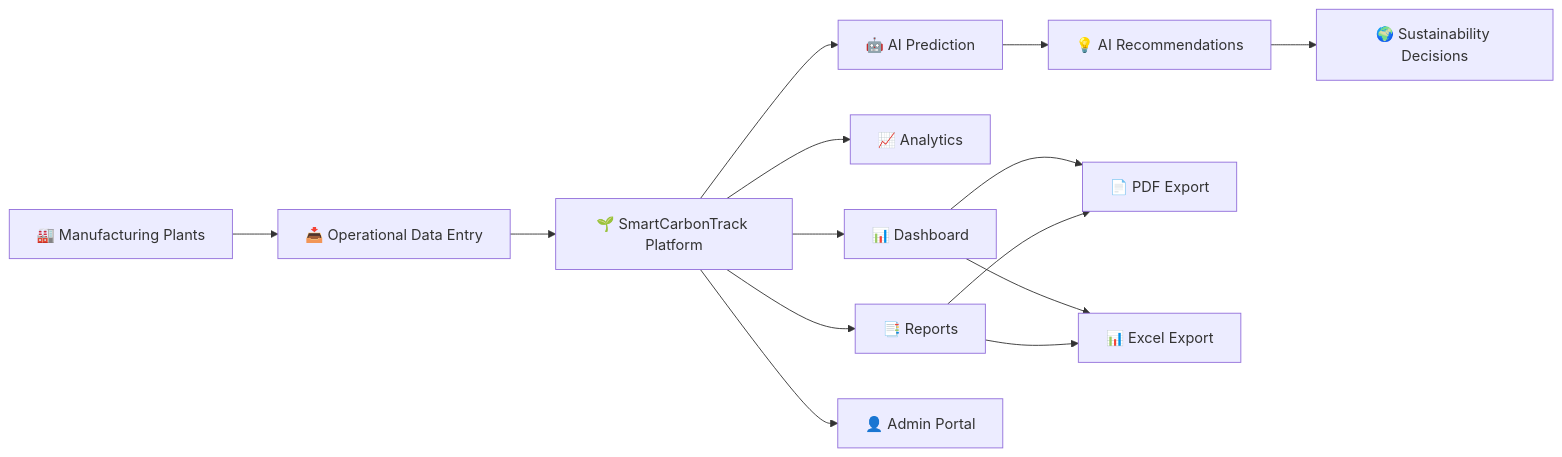
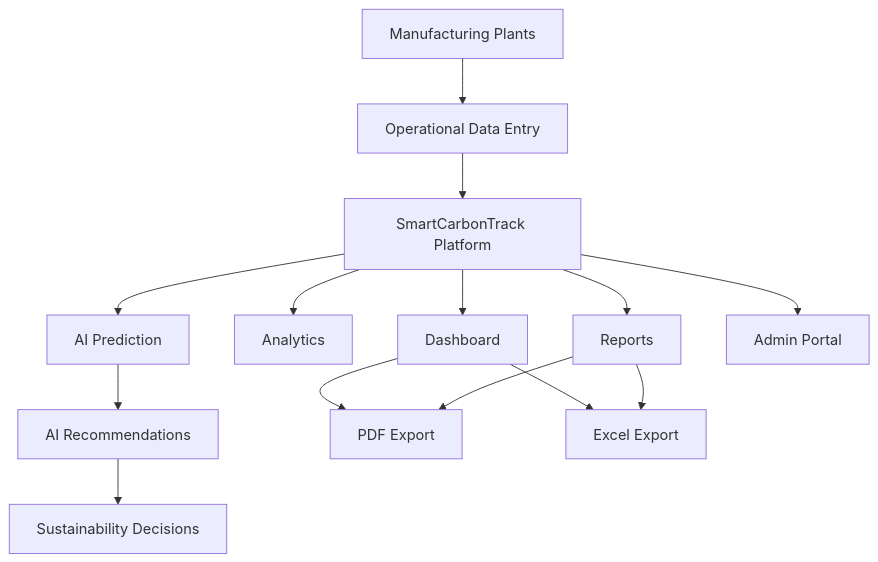
Before and after one commit to nehasingh7156/Smart_CarbonTrack_Project: the diagram in README.md, drawn with Mermaid.

Commit message:
README
Updated mermaid diagram in the System Architecture section to remove HTML entities and improve readability.

````diff
--- a/README.md
+++ b/README.md
@@ -80,22 +80,22 @@
 ```mermaid
-flowchart LR
+graph TD
 
-A["🏭 Manufacturing Plants"] --> B["📥 Operational Data Entry"]
-B --> C["🌱 SmartCarbonTrack Platform"]
+A[Manufacturing Plants] --> B[Operational Data Entry]
+B --> C[SmartCarbonTrack Platform]
 
-C --> D["📊 Dashboard"]
-C --> E["📈 Analytics"]
-C --> F["🤖 AI Prediction"]
-C --> G["📑 Reports"]
-C --> H["👤 Admin Portal"]
+C --> D[Dashboard]
+C --> E[Analytics]
+C --> F[AI Prediction]
+C --> G[Reports]
+C --> H[Admin Portal]
 
-F --> I["💡 AI Recommendations"]
+F --> I[AI Recommendations]
 
-D --> J["📄 PDF Export"]
+D --> J[PDF Export]
 G --> J
 
-D --> K["📊 Excel Export"]
+D --> K[Excel Export]
 G --> K
 
-I --> L["🌍 Sustainability Decisions"]
+I --> L[Sustainability Decisions]
 ```
````
